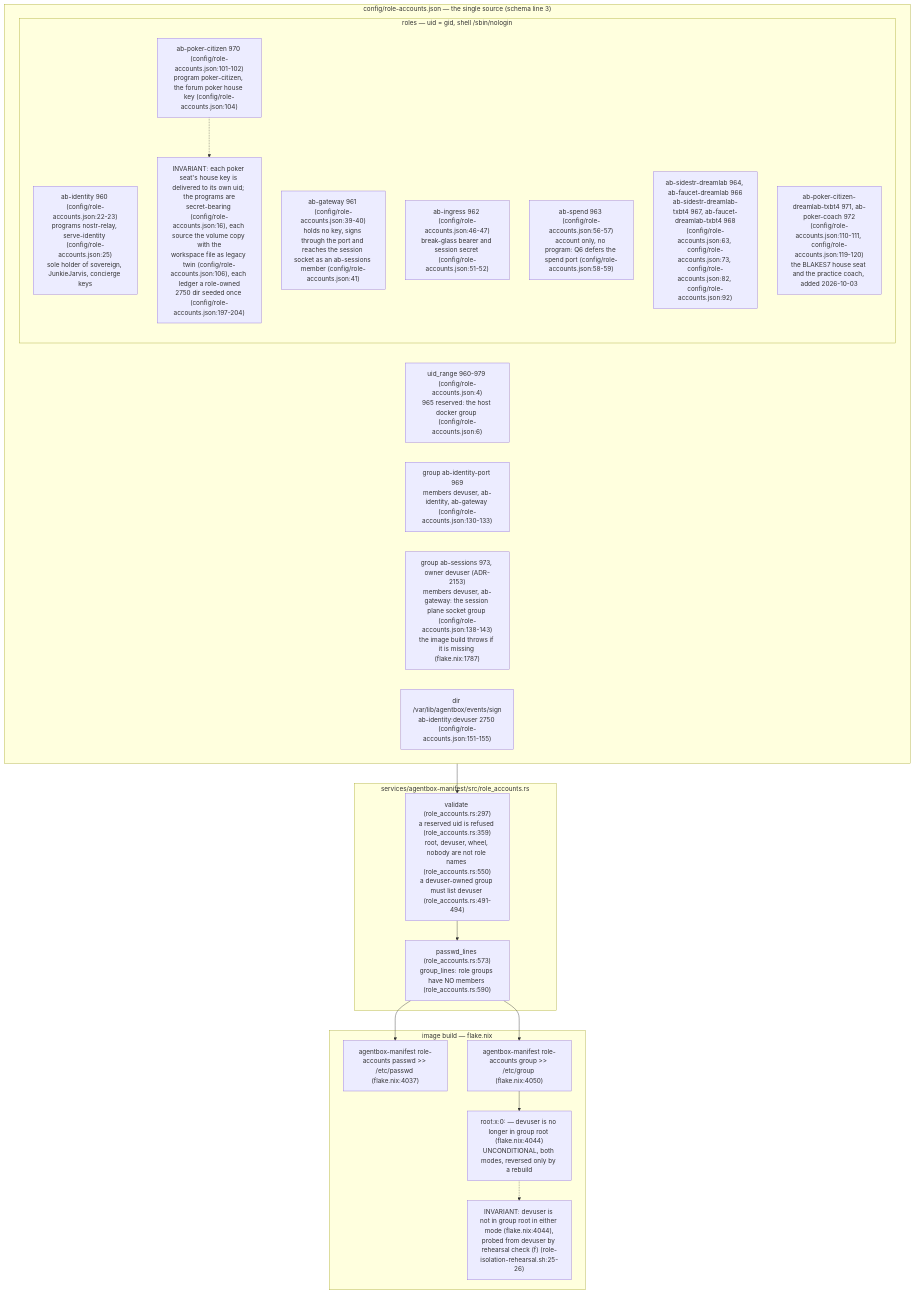
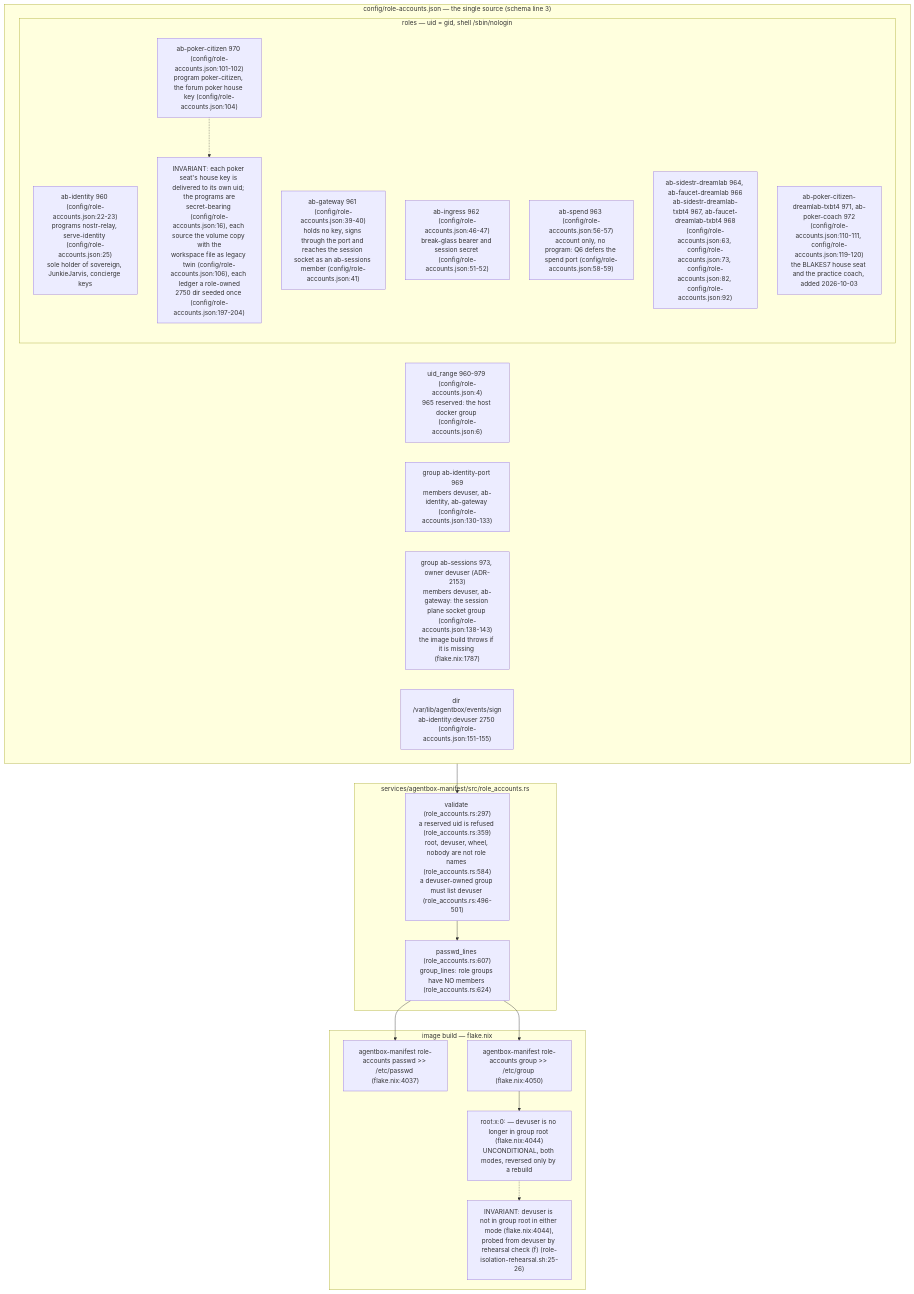
One commit to DreamLab-AI/VisionFlow changed the first of 7 diagrams in docs/diagrams/agentbox/36-role-isolation-and-identity-port.md. Above: the diagram before and after it, drawn with Mermaid. The commit also changed other lines of this file and 151 other files, not shown here.

````diff
--- a/docs/diagrams/agentbox/36-role-isolation-and-identity-port.md
+++ b/docs/diagrams/agentbox/36-role-isolation-and-identity-port.md
@@ -48,33 +48,33 @@
 ```mermaid
 flowchart TB
     subgraph TABLE["config/role-accounts.json — the single source (schema line 3)"]
         RANGE["uid_range 960-979 (config/role-accounts.json:4)<br/>965 reserved: the host docker group (config/role-accounts.json:6)"]
         subgraph ROLES["roles — uid = gid, shell /sbin/nologin"]
             ID["ab-identity 960 (config/role-accounts.json:22-23)<br/>programs nostr-relay, serve-identity (config/role-accounts.json:25)<br/>sole holder of sovereign, JunkieJarvis, concierge keys"]
             GW["ab-gateway 961 (config/role-accounts.json:39-40)<br/>holds no key, signs through the port and reaches the session socket as an ab-sessions member (config/role-accounts.json:41)"]
             IN["ab-ingress 962 (config/role-accounts.json:46-47)<br/>break-glass bearer and session secret (config/role-accounts.json:51-52)"]
             SP["ab-spend 963 (config/role-accounts.json:56-57)<br/>account only, no program: Q6 defers the spend port (config/role-accounts.json:58-59)"]
             CH["ab-sidestr-dreamlab 964, ab-faucet-dreamlab 966<br/>ab-sidestr-dreamlab-txbt4 967, ab-faucet-dreamlab-txbt4 968<br/>(config/role-accounts.json:63, config/role-accounts.json:73, config/role-accounts.json:82, config/role-accounts.json:92)"]
             PK["ab-poker-citizen 970 (config/role-accounts.json:101-102)<br/>program poker-citizen, the forum poker house key (config/role-accounts.json:104)"]
             PK2["ab-poker-citizen-dreamlab-txbt4 971, ab-poker-coach 972<br/>(config/role-accounts.json:110-111, config/role-accounts.json:119-120)<br/>the BLAKES7 house seat and the practice coach, added 2026-10-03"]
             PK -.-> N2["INVARIANT: each poker seat's house key is delivered to its own uid; the programs are<br/>secret-bearing (config/role-accounts.json:16), each source the volume copy with the<br/>workspace file as legacy twin (config/role-accounts.json:106), each ledger a role-owned<br/>2750 dir seeded once (config/role-accounts.json:197-204)"]
         end
         GRP["group ab-identity-port 969<br/>members devuser, ab-identity, ab-gateway (config/role-accounts.json:130-133)"]
         GRP2["group ab-sessions 973, owner devuser (ADR-2153)<br/>members devuser, ab-gateway: the session plane socket group (config/role-accounts.json:138-143)<br/>the image build throws if it is missing (flake.nix:1787)"]
         DIR["dir /var/lib/agentbox/events/sign<br/>ab-identity:devuser 2750 (config/role-accounts.json:151-155)"]
     end
     subgraph BUILD["image build — flake.nix"]
         PW["agentbox-manifest role-accounts passwd >> /etc/passwd (flake.nix:4037)"]
         GR["agentbox-manifest role-accounts group >> /etc/group (flake.nix:4050)"]
         ROOTG["root:x:0: — devuser is no longer in group root (flake.nix:4044)<br/>UNCONDITIONAL, both modes, reversed only by a rebuild"]
         ROOTG -.-> N1["INVARIANT: devuser is not in group root in either mode (flake.nix:4044),<br/>probed from devuser by rehearsal check (f) (role-isolation-rehearsal.sh:25-26)"]
     end
     subgraph RUST["services/agentbox-manifest/src/role_accounts.rs"]
-        VAL["validate (role_accounts.rs:297)<br/>a reserved uid is refused (role_accounts.rs:359)<br/>root, devuser, wheel, nobody are not role names (role_accounts.rs:550)<br/>a devuser-owned group must list devuser (role_accounts.rs:491-494)"]
-        LINES["passwd_lines (role_accounts.rs:573)<br/>group_lines: role groups have NO members (role_accounts.rs:590)"]
+        VAL["validate (role_accounts.rs:297)<br/>a reserved uid is refused (role_accounts.rs:359)<br/>root, devuser, wheel, nobody are not role names (role_accounts.rs:584)<br/>a devuser-owned group must list devuser (role_accounts.rs:496-501)"]
+        LINES["passwd_lines (role_accounts.rs:607)<br/>group_lines: role groups have NO members (role_accounts.rs:624)"]
     end
     TABLE --> VAL --> LINES
     LINES --> PW
     LINES --> GR
     GR --> ROOTG
 ```
````
